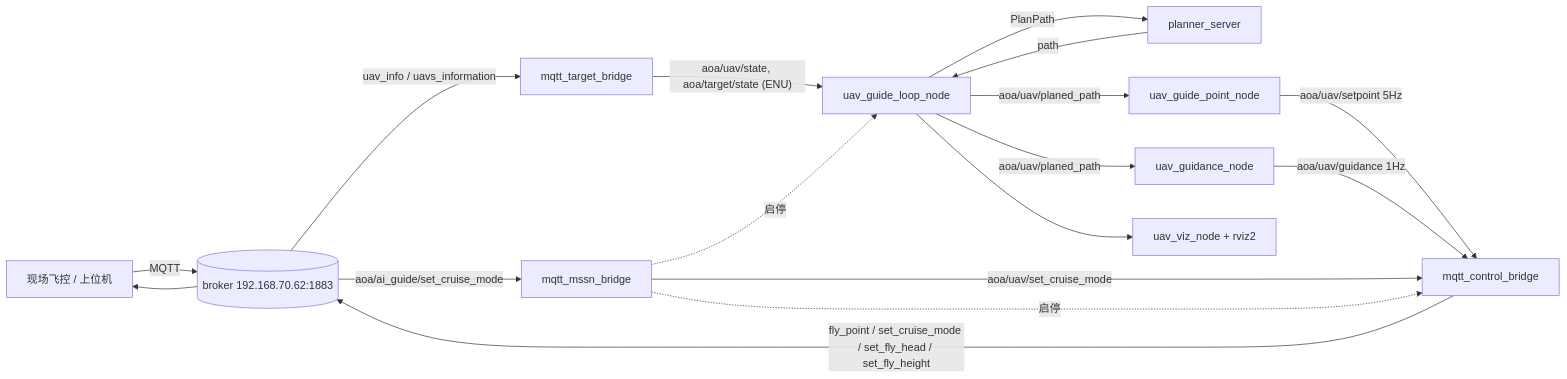
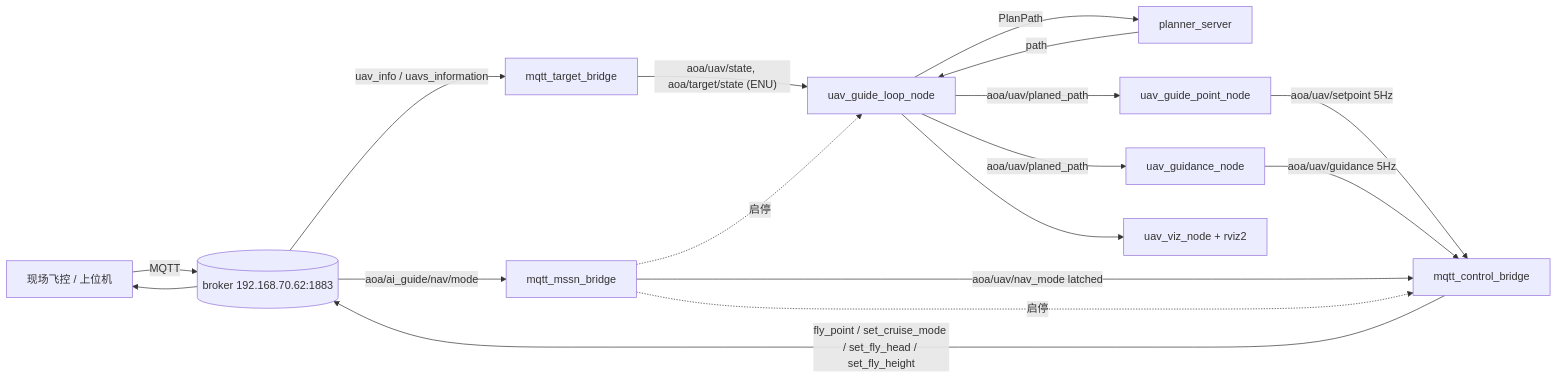
Before and after one commit to ZhangxiaokangRichard/beam_UAV_path_plan: the diagram in doc/quick_start.md, drawn with Mermaid. The commit also changed other lines of this file and 19 other files, not shown here.

````diff
--- a/doc/quick_start.md
+++ b/doc/quick_start.md
@@ -64,19 +72,19 @@
 ```mermaid
 flowchart LR
     GW["现场飞控 / 上位机"] -- MQTT --> B[(broker 192.168.70.62:1883)]
     B -->|uav_info / uavs_information| TB[mqtt_target_bridge]
     TB -->|"aoa/uav/state, aoa/target/state (ENU)"| LOOP
     LOOP[uav_guide_loop_node] -->|PlanPath| PL[planner_server]
     PL -->|path| LOOP
     LOOP -->|aoa/uav/planed_path| PT[uav_guide_point_node]
     LOOP -->|aoa/uav/planed_path| GD[uav_guidance_node]
     PT -->|aoa/uav/setpoint 5Hz| CB[mqtt_control_bridge]
-    GD -->|aoa/uav/guidance 1Hz| CB
-    B -->|aoa/ai_guide/set_cruise_mode| MB[mqtt_mssn_bridge]
-    MB -->|aoa/uav/set_cruise_mode| CB
+    GD -->|aoa/uav/guidance 5Hz| CB
+    B -->|aoa/ai_guide/nav/mode| MB[mqtt_mssn_bridge]
+    MB -->|aoa/uav/nav_mode latched| CB
     MB -.->|启停| LOOP
     MB -.->|启停| CB
     CB -->|"fly_point / set_cruise_mode / set_fly_head / set_fly_height"| B
     B --> GW
     LOOP --> VIZ[uav_viz_node + rviz2]
 ```
````
